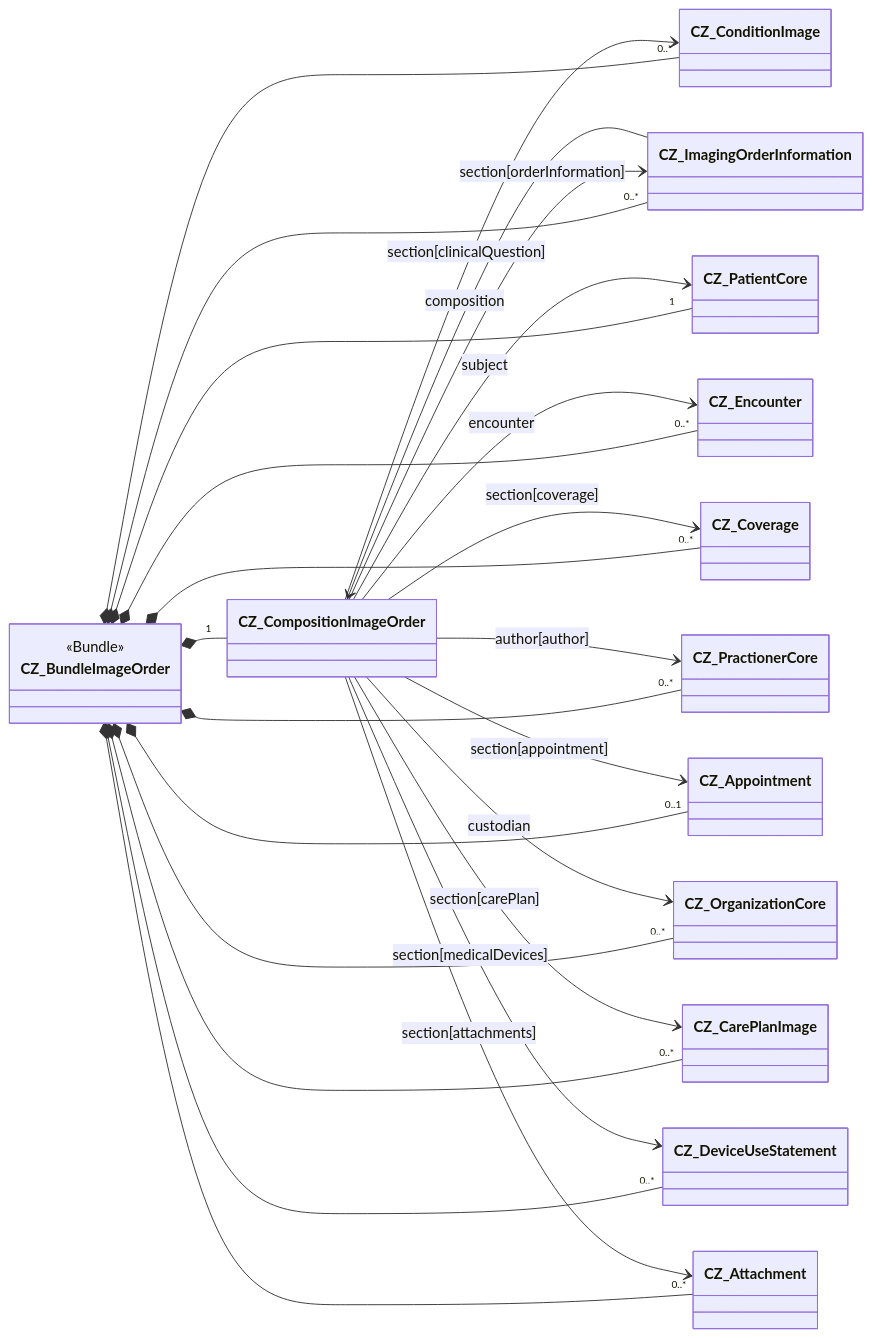
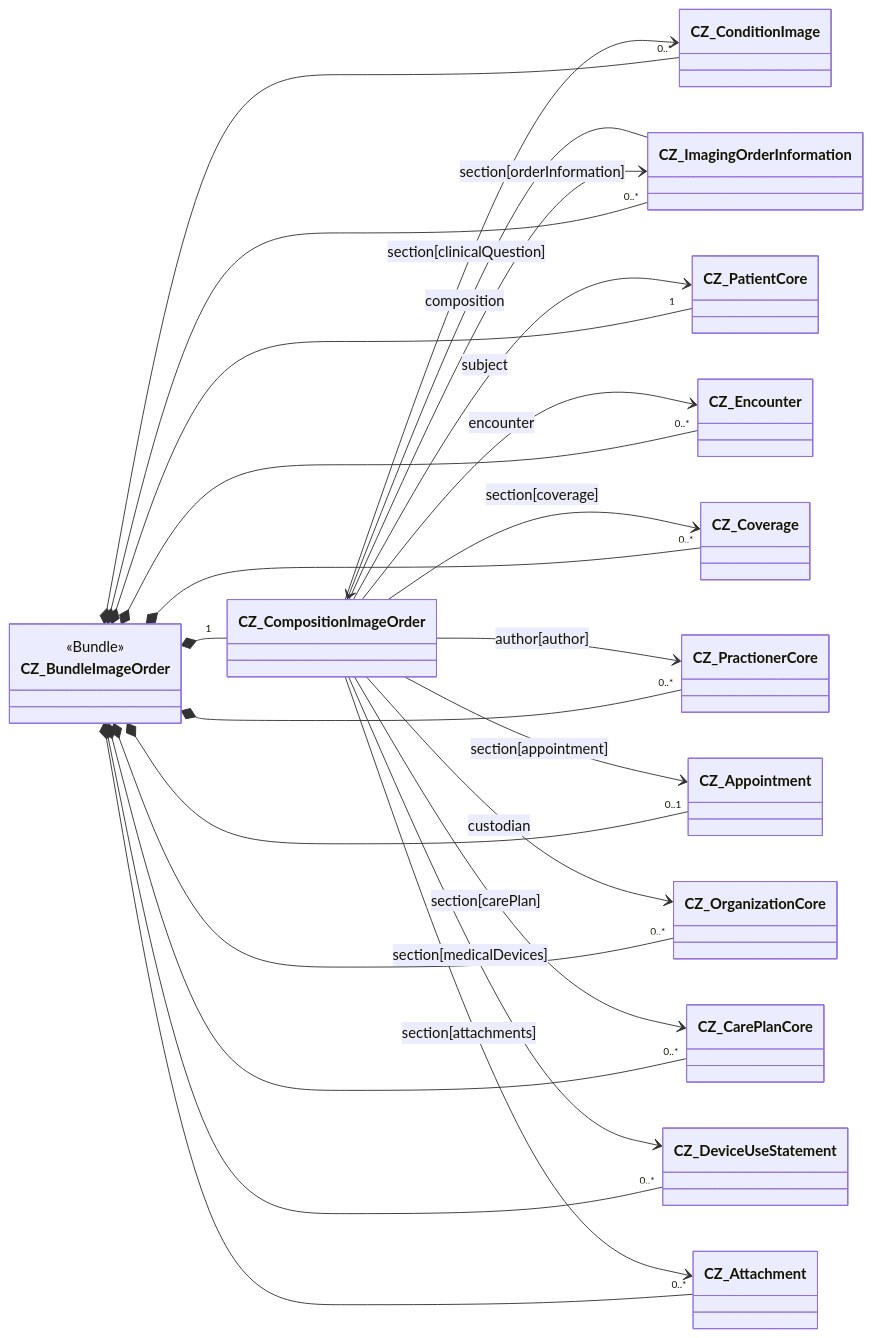
One commit to HL7-cz/img-order changed the diagram in input/pagecontent/implementation-notes-cs.md. Above: the diagram before and after it, drawn with Mermaid. The commit also changed 17 other files, not shown here.

````diff
--- a/input/pagecontent/implementation-notes-cs.md
+++ b/input/pagecontent/implementation-notes-cs.md
@@ -6,34 +6,34 @@
 ```mermaid
 classDiagram
   direction LR
   class CZ_BundleImageOrder{
     <<Bundle>>
   }
   CZ_BundleImageOrder *-- "1" CZ_CompositionImageOrder
   CZ_BundleImageOrder *-- "1" CZ_PatientCore
   CZ_BundleImageOrder *-- "0..*" CZ_ImagingOrderInformation
   CZ_BundleImageOrder *-- "0..*" CZ_ConditionImage
   CZ_BundleImageOrder *-- "0..*" CZ_Coverage
   CZ_BundleImageOrder *-- "0..*" CZ_Encounter
   CZ_BundleImageOrder *-- "0..1" CZ_Appointment
-  CZ_BundleImageOrder *-- "0..*" CZ_CarePlanImage
+  CZ_BundleImageOrder *-- "0..*" CZ_CarePlanCore
   CZ_BundleImageOrder *-- "0..*" CZ_PractionerCore
   CZ_BundleImageOrder *-- "0..*" CZ_OrganizationCore
   CZ_BundleImageOrder *-- "0..*" CZ_DeviceUseStatement
   CZ_BundleImageOrder *-- "0..*" CZ_Attachment
 
   CZ_ImagingOrderInformation --> CZ_CompositionImageOrder: composition
   
   CZ_CompositionImageOrder --> CZ_ImagingOrderInformation: section[orderInformation]
   CZ_CompositionImageOrder --> CZ_ConditionImage: section[clinicalQuestion]
   CZ_CompositionImageOrder --> CZ_PractionerCore: author[author]
   CZ_CompositionImageOrder --> CZ_Encounter: encounter
   CZ_CompositionImageOrder --> CZ_OrganizationCore: custodian
   CZ_CompositionImageOrder --> CZ_PatientCore: subject
   CZ_CompositionImageOrder --> CZ_Coverage: section[coverage]
   CZ_CompositionImageOrder --> CZ_Appointment: section[appointment]
-  CZ_CompositionImageOrder --> CZ_CarePlanImage: section[carePlan]
+  CZ_CompositionImageOrder --> CZ_CarePlanCore: section[carePlan]
   CZ_CompositionImageOrder --> CZ_DeviceUseStatement: section[medicalDevices]
   CZ_CompositionImageOrder --> CZ_Attachment: section[attachments]
 
 ```
````
